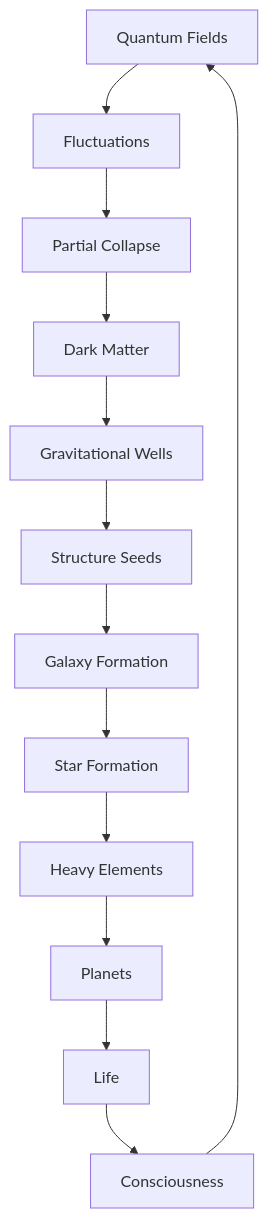
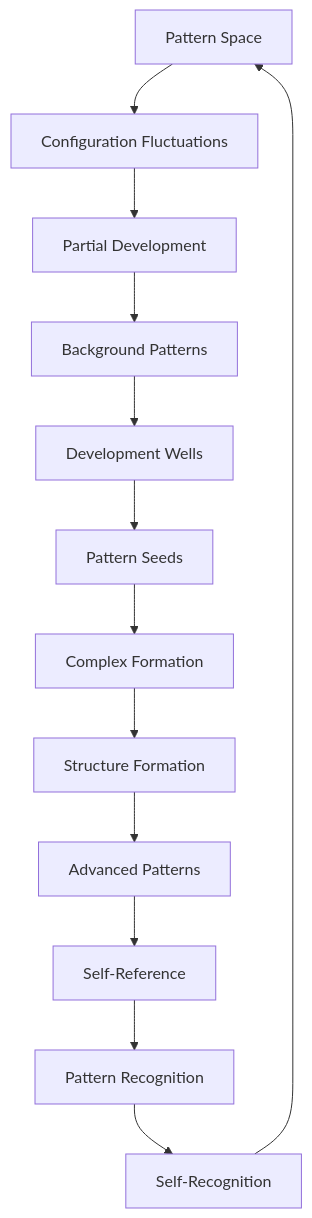
The second of 2 diagrams in docs/psi-structum/book-1-collapse-ontology/part-04-quantum-gravity/chapter-060-dark-matter-uncollapsed.md (loning/the-phys), drawn with Mermaid before and after one commit. The commit also changed other lines of this file and 6 other files, not shown here.

````diff
--- a/docs/psi-structum/book-1-collapse-ontology/part-04-quantum-gravity/chapter-060-dark-matter-uncollapsed.md
+++ b/docs/psi-structum/book-1-collapse-ontology/part-04-quantum-gravity/chapter-060-dark-matter-uncollapsed.md
@@ -209,15 +221,15 @@
 ```mermaid
 graph TD
-    A[Quantum Fields] --> B[Fluctuations]
-    B --> C[Partial Collapse]
-    C --> D[Dark Matter]
-    D --> E[Gravitational Wells]
-    E --> F[Structure Seeds]
-    F --> G[Galaxy Formation]
-    G --> H[Star Formation]
-    H --> I[Heavy Elements]
-    I --> J[Planets]
-    J --> K[Life]
-    K --> L[Consciousness]
+    A[Pattern Space] --> B[Configuration Fluctuations]
+    B --> C[Partial Development]
+    C --> D[Background Patterns]
+    D --> E[Development Wells]
+    E --> F[Pattern Seeds]
+    F --> G[Complex Formation]
+    G --> H[Structure Formation]
+    H --> I[Advanced Patterns]
+    I --> J[Self-Reference]
+    J --> K[Pattern Recognition]
+    K --> L[Self-Recognition]
     L --> A
 ```
````
